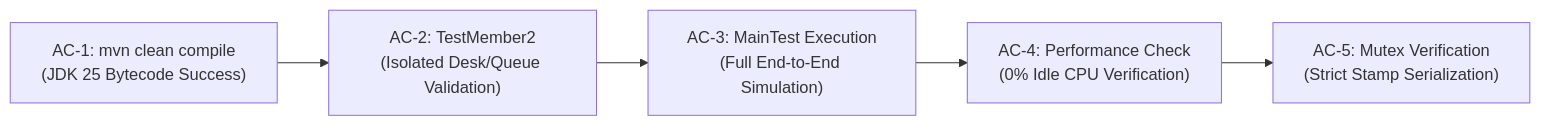
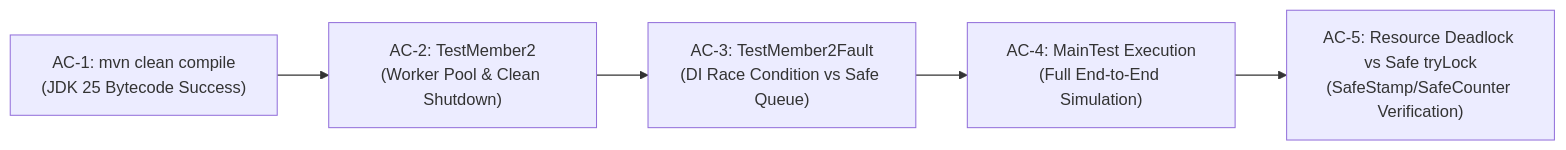
One commit to SovietskySoldatie/FacultyProject-CEBP changed the tenth of 10 diagrams in reqs/reqs.md. Above: the diagram before and after it, drawn with Mermaid. The commit also changed other lines of this file, not shown here.

Commit message:
docs(reqs): update architecture, DI class diagrams, and fault specifications

````diff
--- a/reqs/reqs.md
+++ b/reqs/reqs.md
@@ -374,7 +449,7 @@
 ```mermaid
 flowchart LR
-    AC1["AC-1: mvn clean compile\n(JDK 25 Bytecode Success)"] --> AC2["AC-2: TestMember2\n(Isolated Desk/Queue Validation)"]
-    AC2 --> AC3["AC-3: MainTest Execution\n(Full End-to-End Simulation)"]
-    AC3 --> AC4["AC-4: Performance Check\n(0% Idle CPU Verification)"]
-    AC4 --> AC5["AC-5: Mutex Verification\n(Strict Stamp Serialization)"]
+    AC1["AC-1: mvn clean compile\n(JDK 25 Bytecode Success)"] --> AC2["AC-2: TestMember2\n(Worker Pool & Clean Shutdown)"]
+    AC2 --> AC3["AC-3: TestMember2Fault\n(DI Race Condition vs Safe Queue)"]
+    AC3 --> AC4["AC-4: MainTest Execution\n(Full End-to-End Simulation)"]
+    AC4 --> AC5["AC-5: Resource Deadlock vs Safe tryLock\n(SafeStamp/SafeCounter Verification)"]
 ```
````
